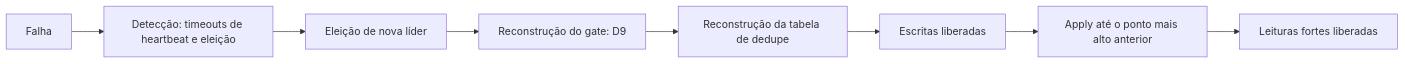
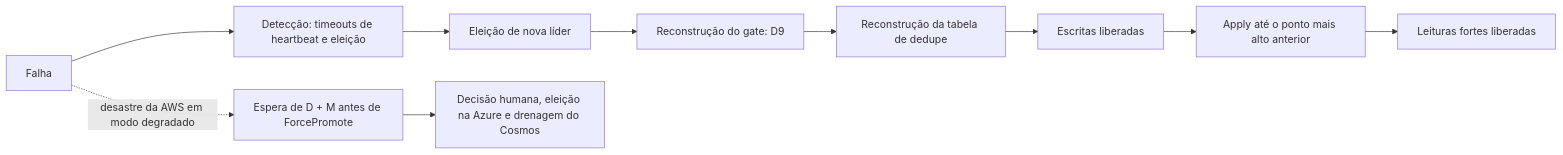
Before and after one commit to brbarmex/k: the diagram in 02_cenarios/a_rever/R18-rto-nao-quantificado.md, drawn with Mermaid. The commit also changed other lines of this file and 139 other files, not shown here.

````diff
--- a/02_cenarios/a_rever/R18-rto-nao-quantificado.md
+++ b/02_cenarios/a_rever/R18-rto-nao-quantificado.md
@@ -11,10 +13,12 @@
 ```mermaid
 flowchart LR
     A["Falha"] --> B["Detecção: timeouts de heartbeat e eleição"]
     B --> C["Eleição de nova líder"]
     C --> D["Reconstrução do gate: D9"]
     D --> E["Reconstrução da tabela de dedupe"]
     E --> F["Escritas liberadas"]
     F --> G["Apply até o ponto mais alto anterior"]
     G --> H["Leituras fortes liberadas"]
+    A -.->|"desastre da AWS em modo degradado"| I["Espera de D + M antes de ForcePromote"]
+    I --> J["Decisão humana, eleição na Azure e drenagem do Cosmos"]
 ```
````
